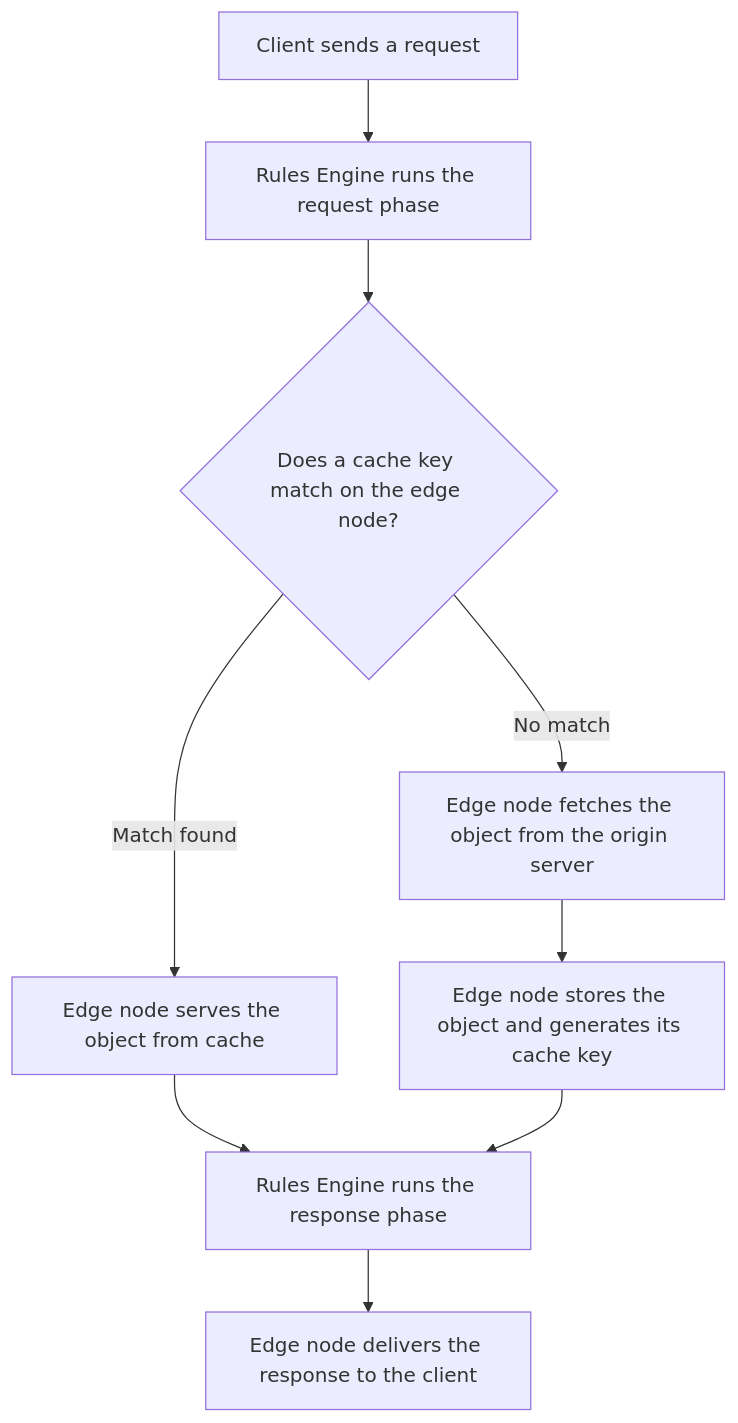
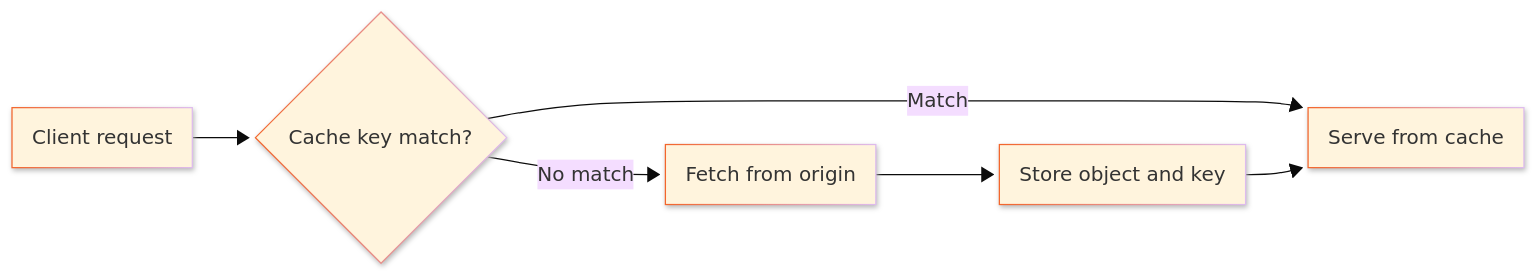
The first of 2 diagrams in src/content/docs/en/pages/main-menu/reference/build/edge-application/cache-how-it-works.mdx (souzavinny/azion-docs), drawn with Mermaid before and after one commit. The commit also changed other lines of this file and 2 other files, not shown here.

Commit message:
fix(mermaid): fix raw theme

````diff
--- a/src/content/docs/en/pages/main-menu/reference/build/edge-application/cache-how-it-works.mdx
+++ b/src/content/docs/en/pages/main-menu/reference/build/edge-application/cache-how-it-works.mdx
@@ -22,11 +22,9 @@
 ```mermaid
-flowchart TD
-  A[Client sends a request] --> B[Rules Engine runs the request phase]
-  B --> C{Does a cache key match on the edge node?}
-  C -- Match found --> D[Edge node serves the object from cache]
-  C -- No match --> E[Edge node fetches the object from the origin server]
-  E --> F[Edge node stores the object and generates its cache key]
-  D --> G[Rules Engine runs the response phase]
-  F --> G
-  G --> H[Edge node delivers the response to the client]
+%%{init: {'look':'neo','theme':'base','themeVariables':{'primaryBorderColor':'#F3652B'}}}%%
+flowchart LR
+  A[Client request] --> B{Cache key match?}
+  B -- Match --> C[Serve from cache]
+  B -- No match --> D[Fetch from origin]
+  D --> E[Store object and key]
+  E --> C
 ```
````
